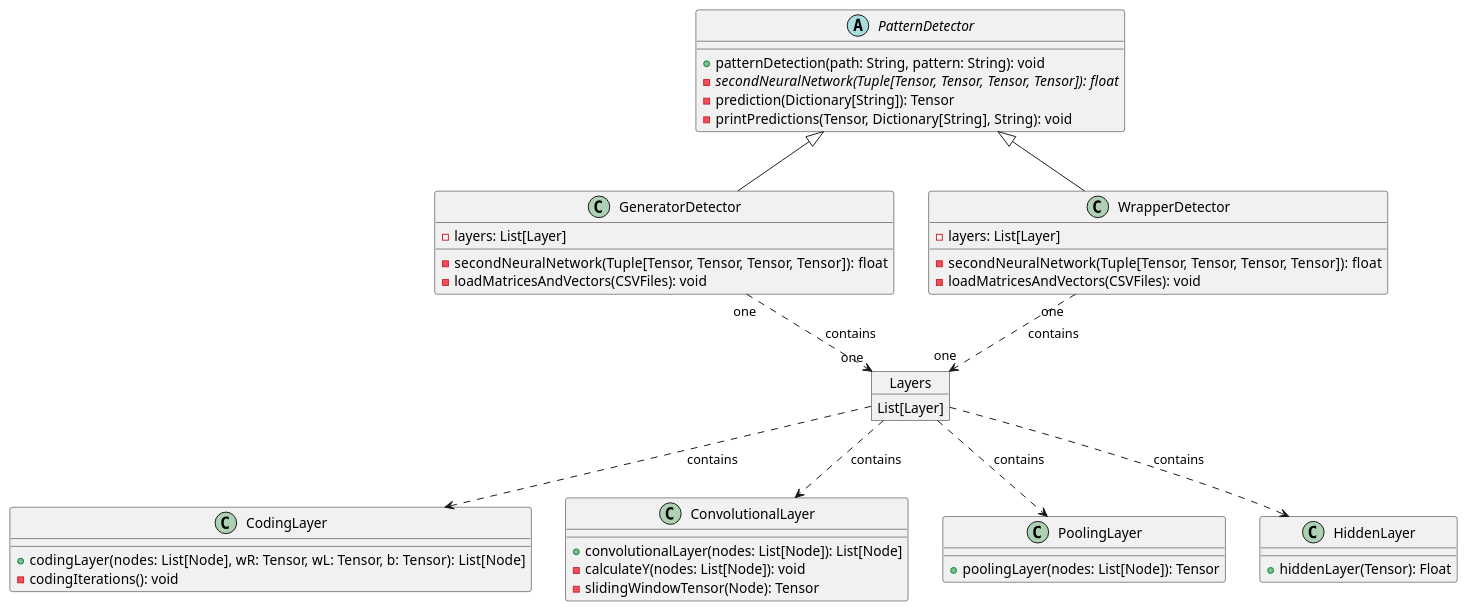
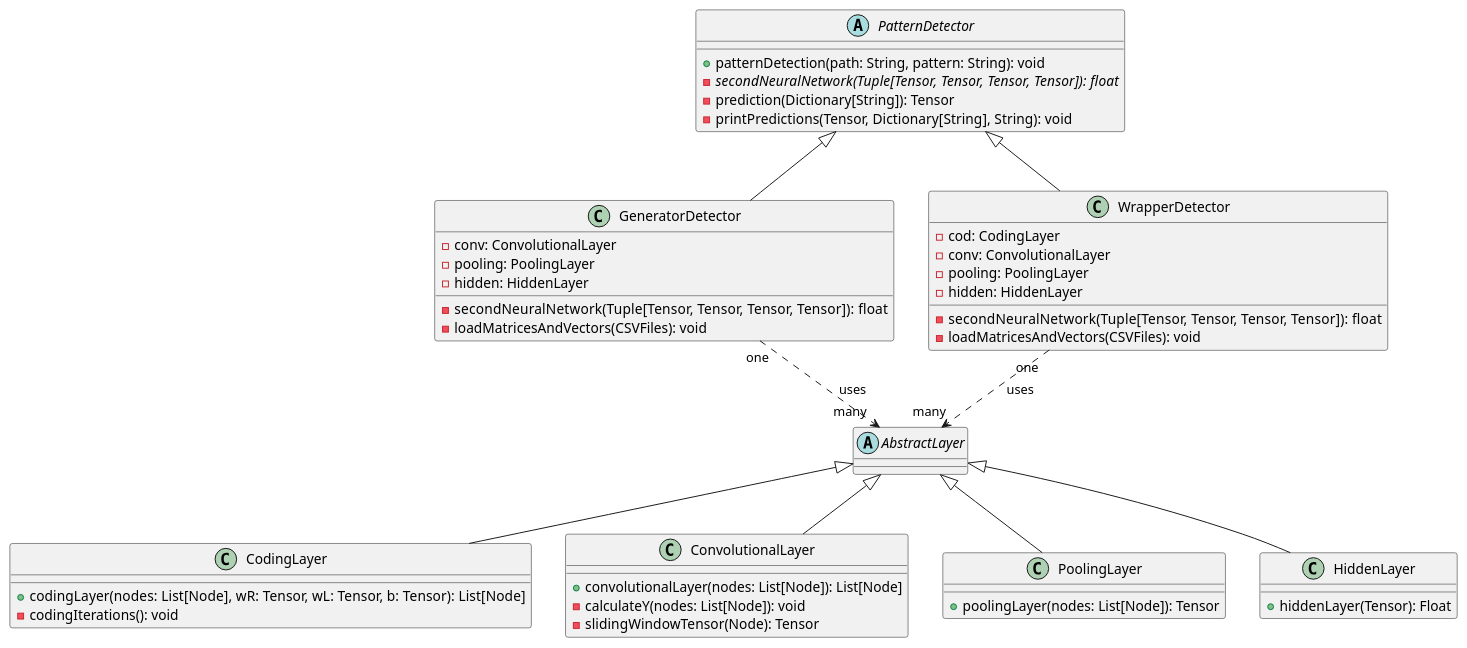
The diagram in documentation/class_diagrams/pattern_detector.puml (a-domingu/tbcnn2), drawn with PlantUML before and after one commit. The commit also changed 7 other files, not shown here.

Commit message:
We modify the class diagrams and we add information in the markdowns.

```diff
--- a/documentation/class_diagrams/pattern_detector.puml
+++ b/documentation/class_diagrams/pattern_detector.puml
@@ -1,60 +1,62 @@
 @startuml Pattern_detector-model
 
 abstract class PatternDetector {
     + patternDetection(path: String, pattern: String): void
     - {abstract} secondNeuralNetwork(Tuple[Tensor, Tensor, Tensor, Tensor]): float
     - prediction(Dictionary[String]): Tensor
     - printPredictions(Tensor, Dictionary[String], String): void
 }
 
 
 ' Layers
-class CodingLayer {
+class CodingLayer extends AbstractLayer{
     + codingLayer(nodes: List[Node], wR: Tensor, wL: Tensor, b: Tensor): List[Node]
     - codingIterations(): void
 }
 
-class ConvolutionalLayer {
+class ConvolutionalLayer extends AbstractLayer{
     + convolutionalLayer(nodes: List[Node]): List[Node]
     - calculateY(nodes: List[Node]): void
     - slidingWindowTensor(Node): Tensor
 }
 
 
-class PoolingLayer {
+class PoolingLayer extends AbstractLayer{
     + poolingLayer(nodes: List[Node]): Tensor
 }
 
-class HiddenLayer{
+class HiddenLayer extends AbstractLayer{
     + hiddenLayer(Tensor): Float
+}
+
+abstract class AbstractLayer {
 }
 
 
 'Test
 class GeneratorDetector extends PatternDetector {
-    - layers: List[Layer]
+    - conv: ConvolutionalLayer
+    - pooling: PoolingLayer
+    - hidden: HiddenLayer
     - secondNeuralNetwork(Tuple[Tensor, Tensor, Tensor, Tensor]): float
     - loadMatricesAndVectors(CSVFiles): void
 }
 
 class WrapperDetector extends PatternDetector {
-    - layers: List[Layer]
+    - cod: CodingLayer
+    - conv: ConvolutionalLayer
+    - pooling: PoolingLayer
+    - hidden: HiddenLayer
     - secondNeuralNetwork(Tuple[Tensor, Tensor, Tensor, Tensor]): float
     - loadMatricesAndVectors(CSVFiles): void
 }
 
-object Layers {
-    List[Layer]
-}
 
 
-GeneratorDetector "one"..> "one" Layers: contains
-WrapperDetector "one"..> "one" Layers: contains
+GeneratorDetector "one"..> "many" AbstractLayer: uses
+WrapperDetector "one"..> "many" AbstractLayer: uses
 
-Layers ..> CodingLayer: contains
-Layers ..> ConvolutionalLayer: contains
-Layers ..> PoolingLayer: contains
-Layers ..> HiddenLayer: contains
+
 
 
 @enduml
```
